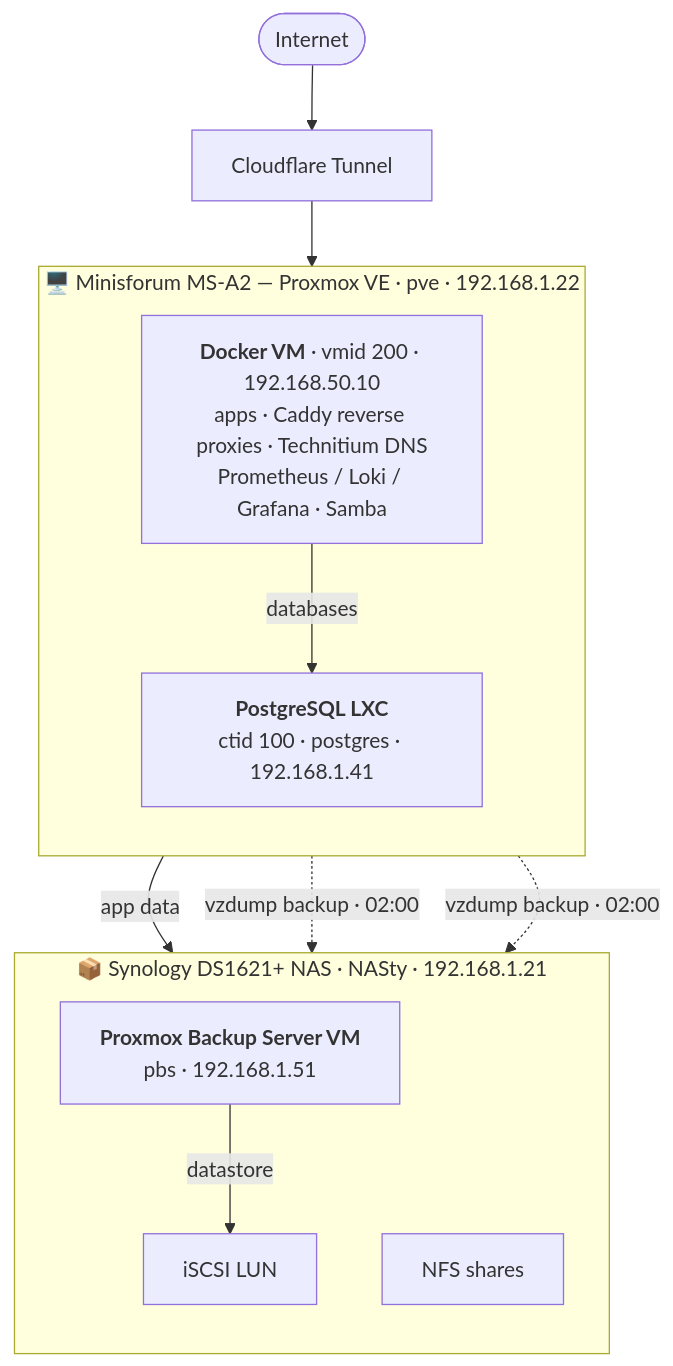
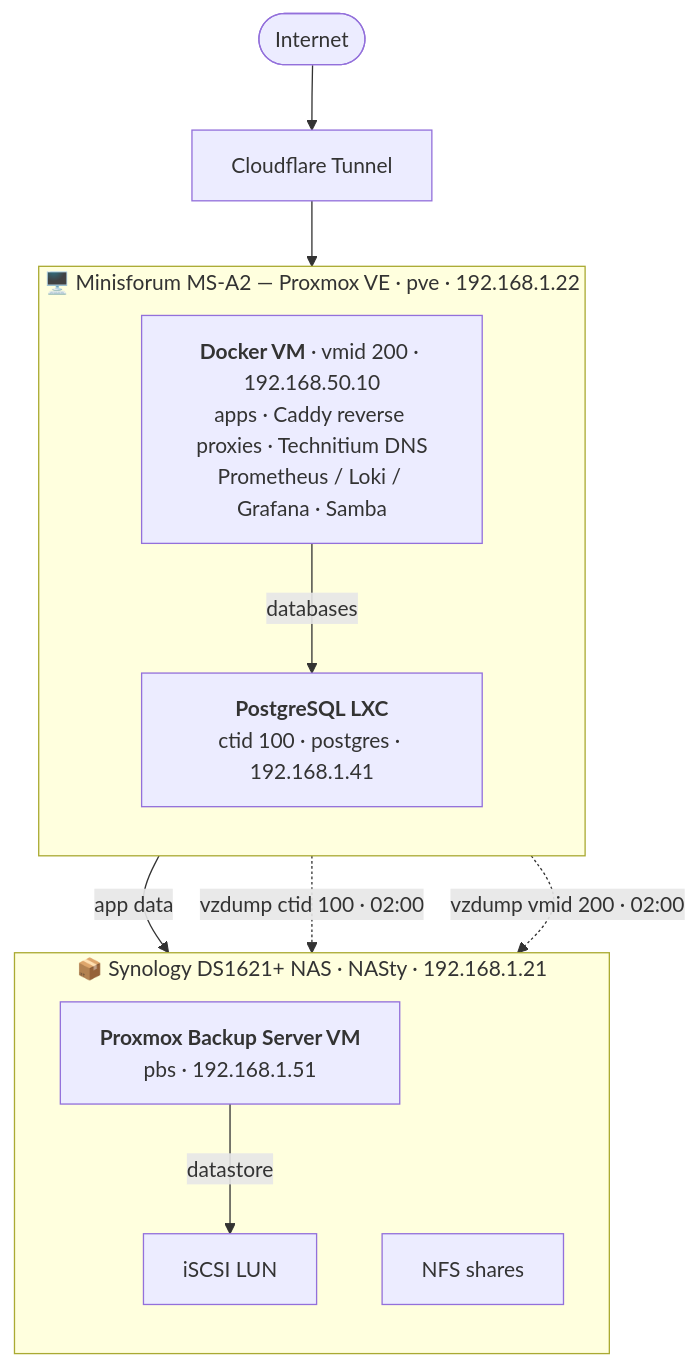
The diagram in README.md (DonDebonair/homelab), drawn with Mermaid before and after one commit.

Commit message:
docs: add topology mermaid diagram to README

````diff
--- a/README.md
+++ b/README.md
@@ -20,25 +20,25 @@
 ```mermaid
 flowchart TB
     internet([Internet])
     cf["Cloudflare Tunnel"]
 
     subgraph msa2["🖥️ Minisforum MS-A2 — Proxmox VE · pve · 192.168.1.22"]
         direction TB
         dockervm["<b>Docker VM</b> · vmid 200 · 192.168.50.10<br/>apps · Caddy reverse proxies · Technitium DNS<br/>Prometheus / Loki / Grafana · Samba"]
         pglxc["<b>PostgreSQL LXC</b><br/>ctid 100 · postgres · 192.168.1.41"]
     end
 
     subgraph nas["📦 Synology DS1621+ NAS · NASty · 192.168.1.21"]
         direction TB
         pbs["<b>Proxmox Backup Server VM</b><br/>pbs · 192.168.1.51"]
         nfs["NFS shares"]
         iscsi["iSCSI LUN"]
     end
 
     internet --> cf --> dockervm
     dockervm -->|databases| pglxc
     dockervm -->|app data| nfs
     pbs -->|datastore| iscsi
-    pglxc -. "vzdump backup · 02:00" .-> pbs
-    dockervm -. "vzdump backup · 02:00" .-> pbs
+    pglxc -. "vzdump ctid 100 · 02:00" .-> pbs
+    dockervm -. "vzdump vmid 200 · 02:00" .-> pbs
 ```
````
